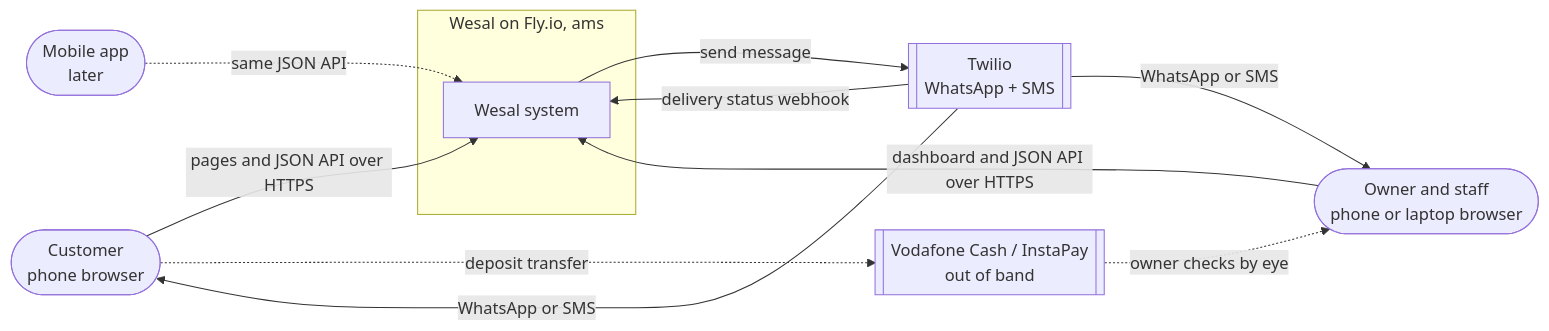
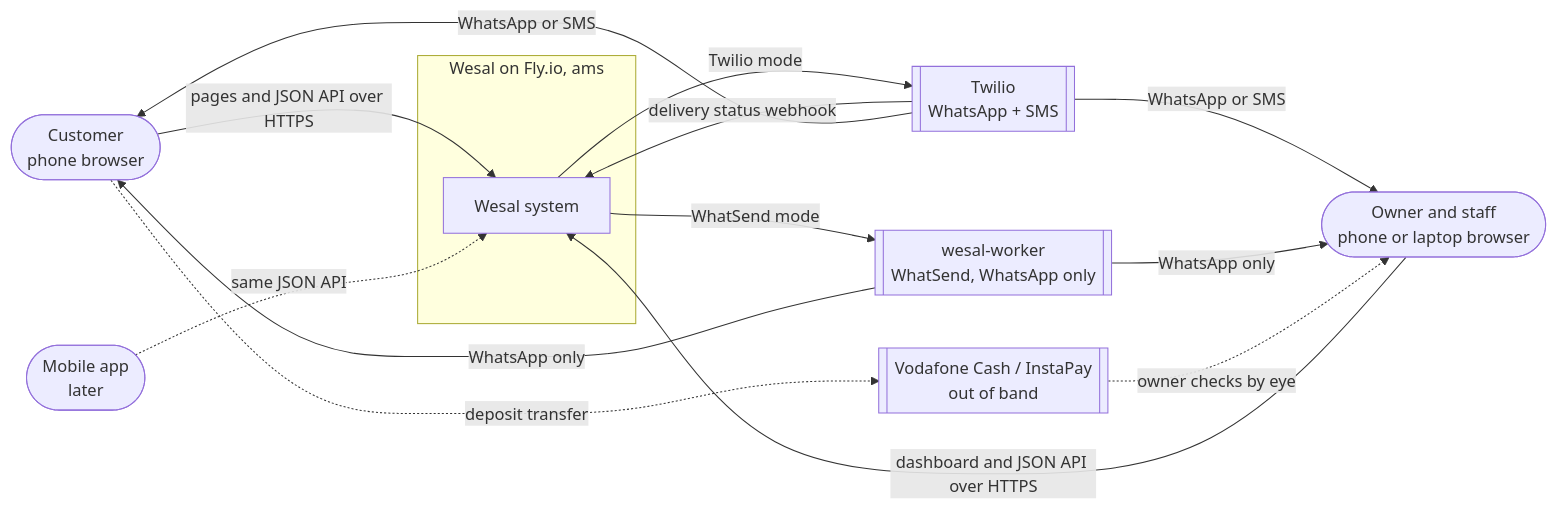
Before and after one commit to ZamzamMasjid/wesal: the first of 3 diagrams in docs/architecture/overview.md, drawn with Mermaid. The commit also changed other lines of this file and 15 other files, not shown here.

First line of the commit message:
docs: reconcile the architecture with the WhatSend provider:

````diff
--- a/docs/architecture/overview.md
+++ b/docs/architecture/overview.md
@@ -19,20 +19,24 @@
 ```mermaid
 flowchart LR
   customer([Customer<br/>phone browser])
   staff([Owner and staff<br/>phone or laptop browser])
   mobile([Mobile app<br/>later])
   twilio[[Twilio<br/>WhatsApp + SMS]]
+  worker[[wesal-worker<br/>WhatSend, WhatsApp only]]
   wallet[[Vodafone Cash / InstaPay<br/>out of band]]
   subgraph wesal [Wesal on Fly.io, ams]
     system[Wesal system]
   end
   customer -- pages and JSON API over HTTPS --> system
   staff -- dashboard and JSON API over HTTPS --> system
   mobile -. same JSON API .-> system
-  system -- send message --> twilio
+  system -- Twilio mode --> twilio
+  system -- WhatSend mode --> worker
   twilio -- delivery status webhook --> system
   twilio -- WhatsApp or SMS --> customer
   twilio -- WhatsApp or SMS --> staff
+  worker -- WhatsApp only --> customer
+  worker -- WhatsApp only --> staff
   customer -. deposit transfer .-> wallet
   wallet -. owner checks by eye .-> staff
 ```
````
